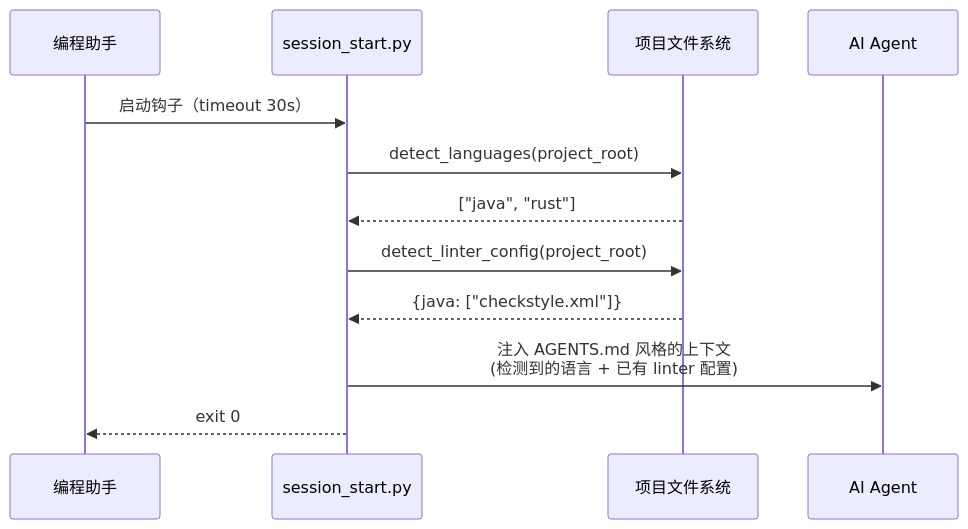
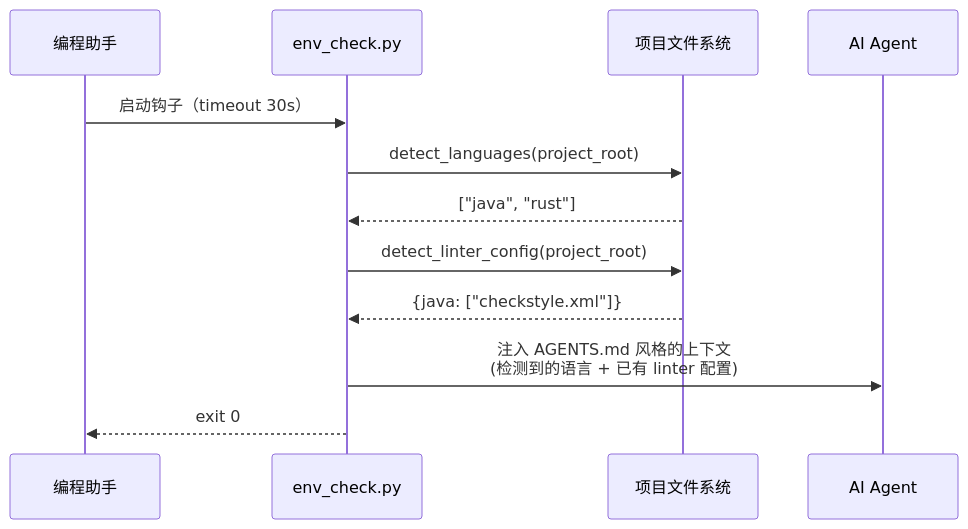
The third of 6 diagrams in docs/partme-codeguard-plugin-Architecture.zh_CN.md (full-stack-plugins/codeguard-plugin), drawn with Mermaid before and after one commit. The commit also changed 5 other files, not shown here.

First line of the commit message:
refactor(hooks): rename session_start.py to env_check.py

````diff
--- a/docs/partme-codeguard-plugin-Architecture.zh_CN.md
+++ b/docs/partme-codeguard-plugin-Architecture.zh_CN.md
@@ -106,15 +106,15 @@
 ```mermaid
 sequenceDiagram
     participant Host as 编程助手
-    participant Hook as session_start.py
+    participant Hook as env_check.py
     participant FS as 项目文件系统
     participant AI as AI Agent
 
     Host->>Hook: 启动钩子（timeout 30s）
     Hook->>FS: detect_languages(project_root)
     FS-->>Hook: ["java", "rust"]
     Hook->>FS: detect_linter_config(project_root)
     FS-->>Hook: {java: ["checkstyle.xml"]}
     Hook->>AI: 注入 AGENTS.md 风格的上下文<br/>(检测到的语言 + 已有 linter 配置)
     Hook-->>Host: exit 0
 ```
````
